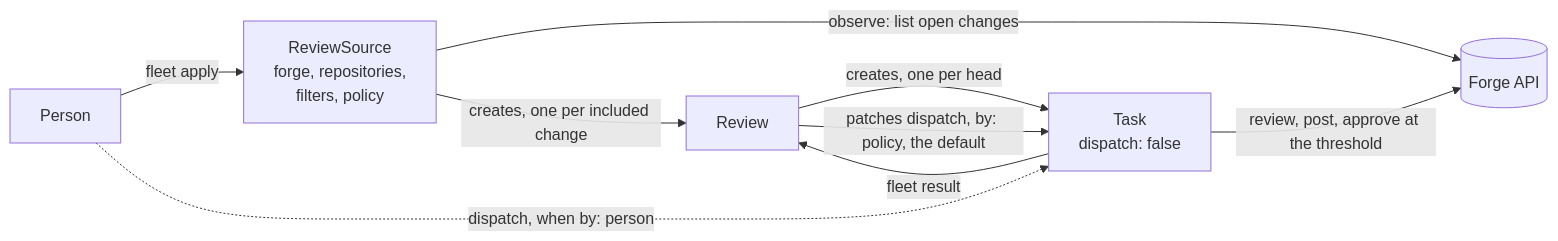
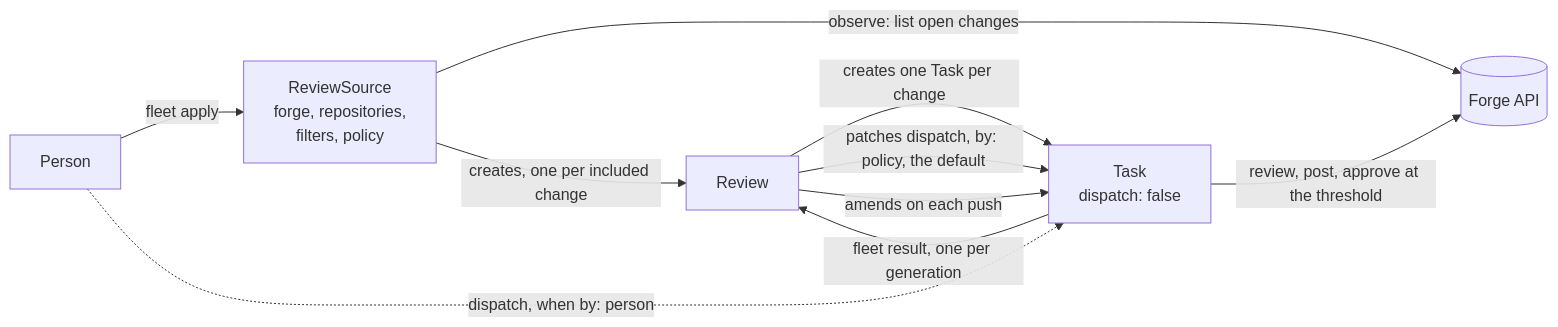
The diagram in docs/README.md (Thurbeen/fleet-reviewer), drawn with Mermaid before and after one commit. The commit also changed other lines of this file and 7 other files, not shown here.

Commit message:
docs: one review Task per change, amended on each push

````diff
--- a/docs/README.md
+++ b/docs/README.md
@@ -27,11 +27,12 @@
 ```mermaid
 flowchart LR
   P[Person] -->|fleet apply| S[ReviewSource<br/>forge, repositories,<br/>filters, policy]
   S -->|observe: list open changes| F[(Forge API)]
   S -->|creates, one per included change| R[Review]
-  R -->|creates, one per head| T[Task<br/>dispatch: false]
+  R -->|creates one Task per change| T[Task<br/>dispatch: false]
   R -->|patches dispatch, by: policy, the default| T
+  R -->|amends on each push| T
   P -.->|dispatch, when by: person| T
   T -->|review, post, approve at the threshold| F
-  T -->|fleet result| R
+  T -->|fleet result, one per generation| R
 ```
````
